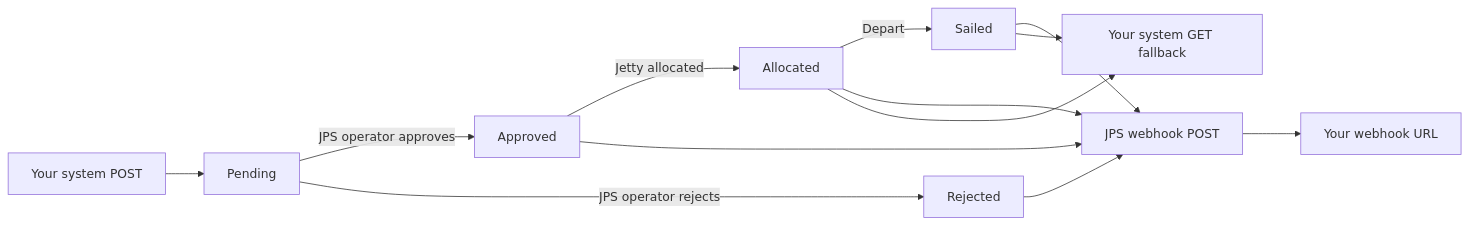
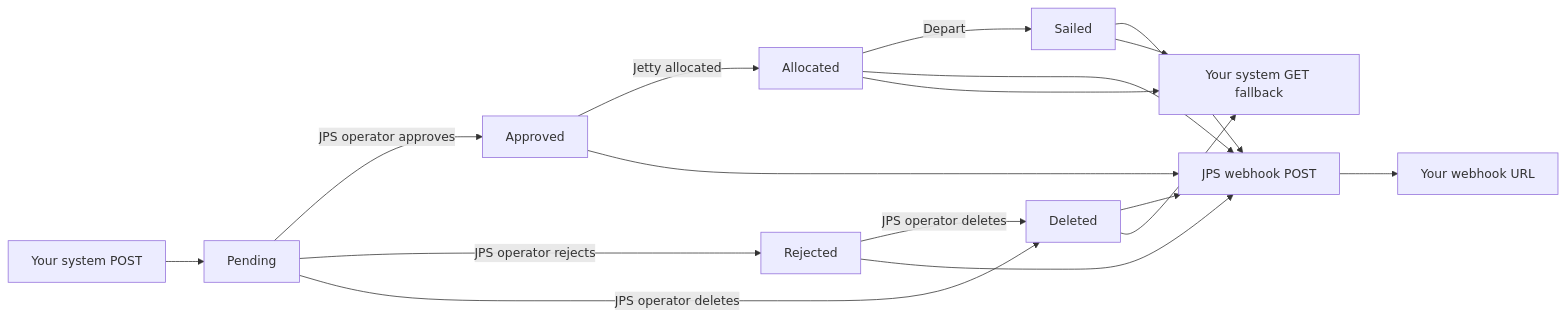
The diagram in Docs/Guide/INBOUND-SHIPPING-INSTRUCTION-PARTNER-API.md (dwsitproject-hub/Jetty-Planning-System), drawn with Mermaid before and after one commit. The commit also changed other lines of this file and 19 other files, not shown here.

````diff
--- a/Docs/Guide/INBOUND-SHIPPING-INSTRUCTION-PARTNER-API.md
+++ b/Docs/Guide/INBOUND-SHIPPING-INSTRUCTION-PARTNER-API.md
@@ -39,15 +39,19 @@
 ```mermaid
 flowchart LR
     yourSystem[Your system POST] --> pendingState[Pending]
     pendingState -->|JPS operator approves| approvedState[Approved]
     pendingState -->|JPS operator rejects| rejectedState[Rejected]
+    pendingState -->|JPS operator deletes| deletedState[Deleted]
+    rejectedState -->|JPS operator deletes| deletedState
     approvedState -->|Jetty allocated| allocatedState[Allocated]
     allocatedState -->|Depart| sailedState[Sailed]
     jpsWebhook[JPS webhook POST] --> yourReceiver[Your webhook URL]
     allocatedState --> jpsWebhook
     approvedState --> jpsWebhook
     rejectedState --> jpsWebhook
+    deletedState --> jpsWebhook
+    deletedState --> yourPoll
     sailedState --> jpsWebhook
     allocatedState --> yourPoll[Your system GET fallback]
     sailedState --> yourPoll
 ```
````
